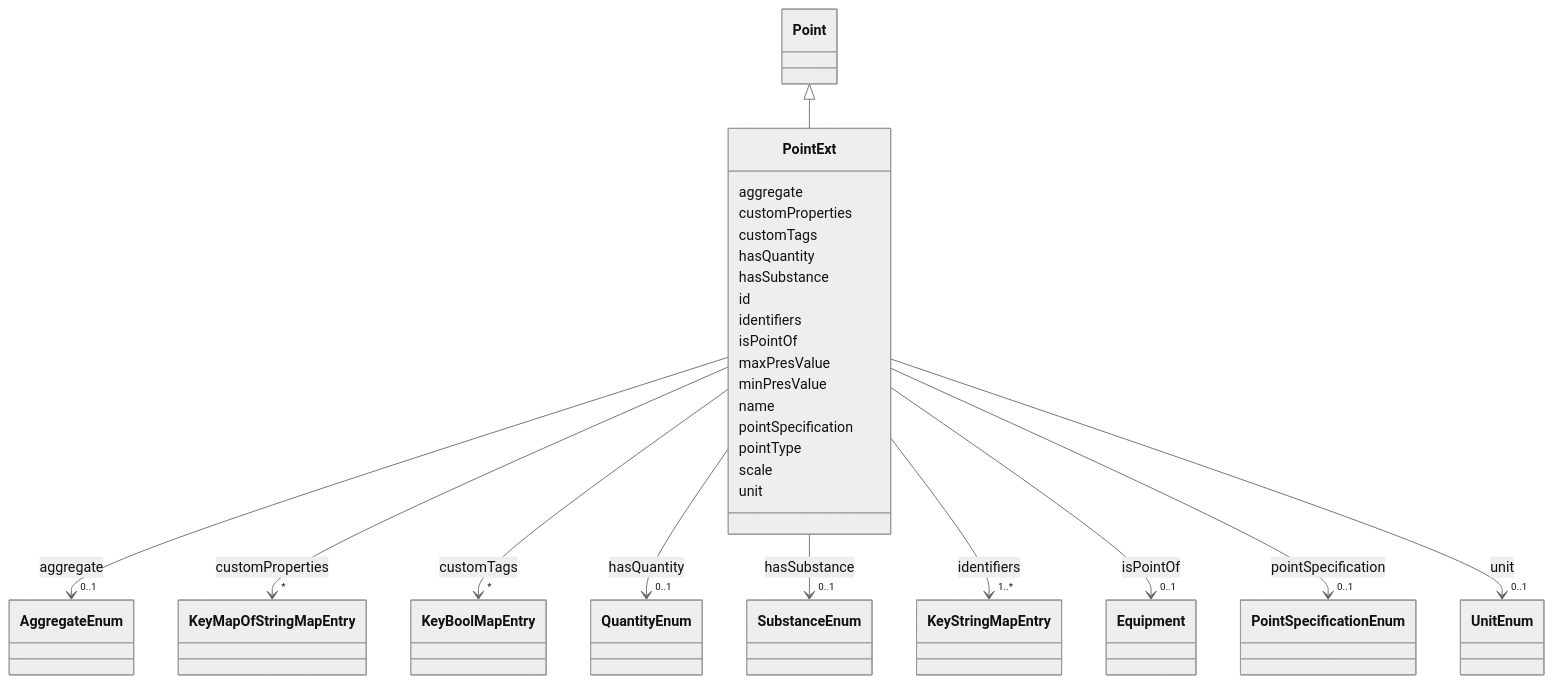
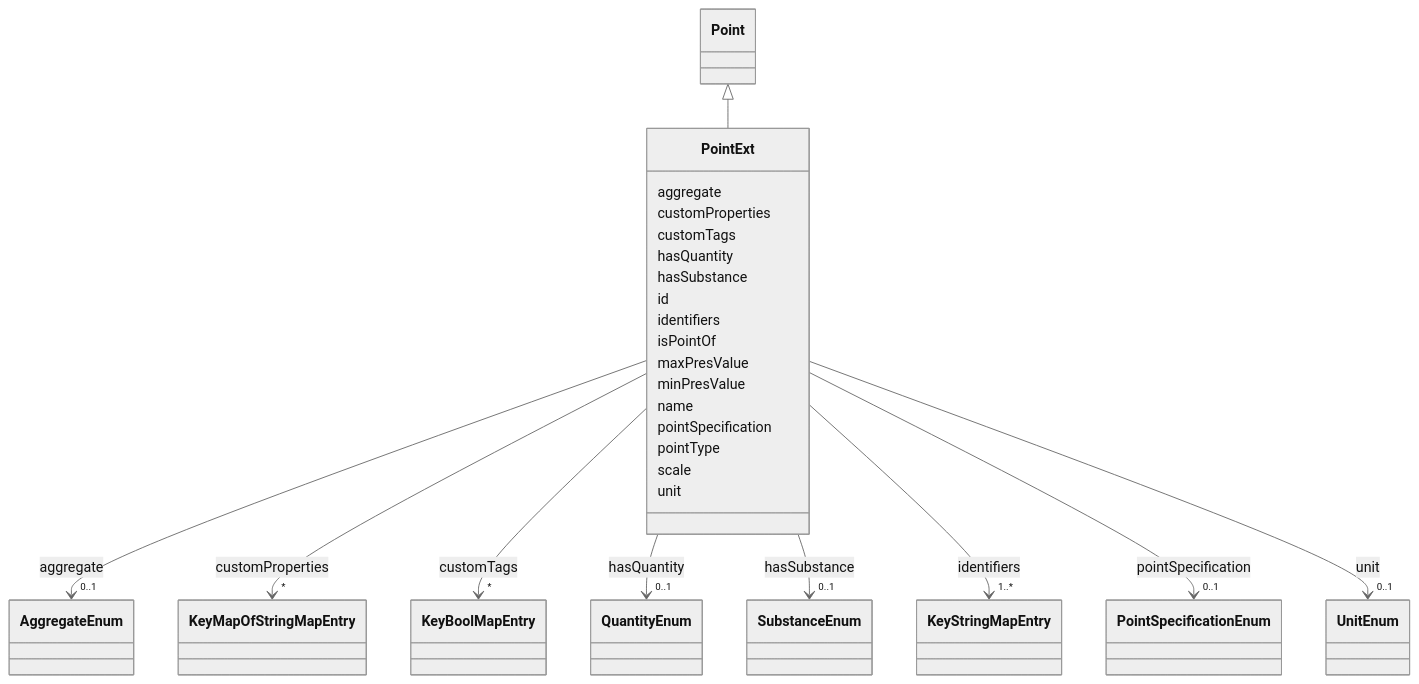
The diagram in docs/PointExt.md (takashikasuya/smartbuiding_ontology), drawn with Mermaid (neutral theme) before and after one commit. The commit also changed other lines of this file and 81 other files, not shown here.

Commit message:
LinkMLスキーマ更新に伴う生成物・ドキュメント更新、およびサンプル追加（2026-01-07） - schema/building_model.yaml 更新 - output: OWL/SHACL/JSON Schema 再生成 - docs: LinkMLドキュメント再生成 - Makefile/README 更新 - sample/ 追加 - reports/change-report-2026-01-07.md 追加

```diff
--- a/docs/PointExt.md
+++ b/docs/PointExt.md
@@ -92,15 +92,6 @@
         
       PointExt : isPointOf
         
-          
-    
-        
-        
-        PointExt --> "0..1" Equipment : isPointOf
-        click Equipment href "../Equipment/"
-    
-
-        
       PointExt : maxPresValue
         
       PointExt : minPresValue
```
